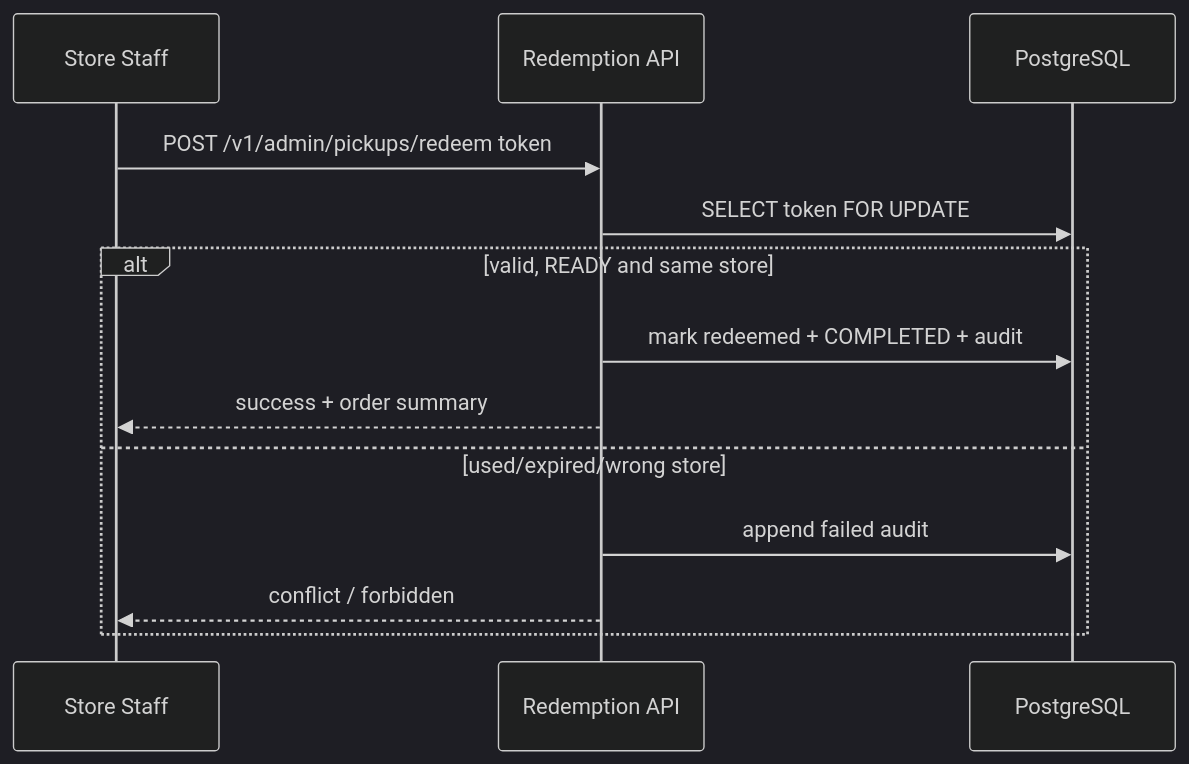
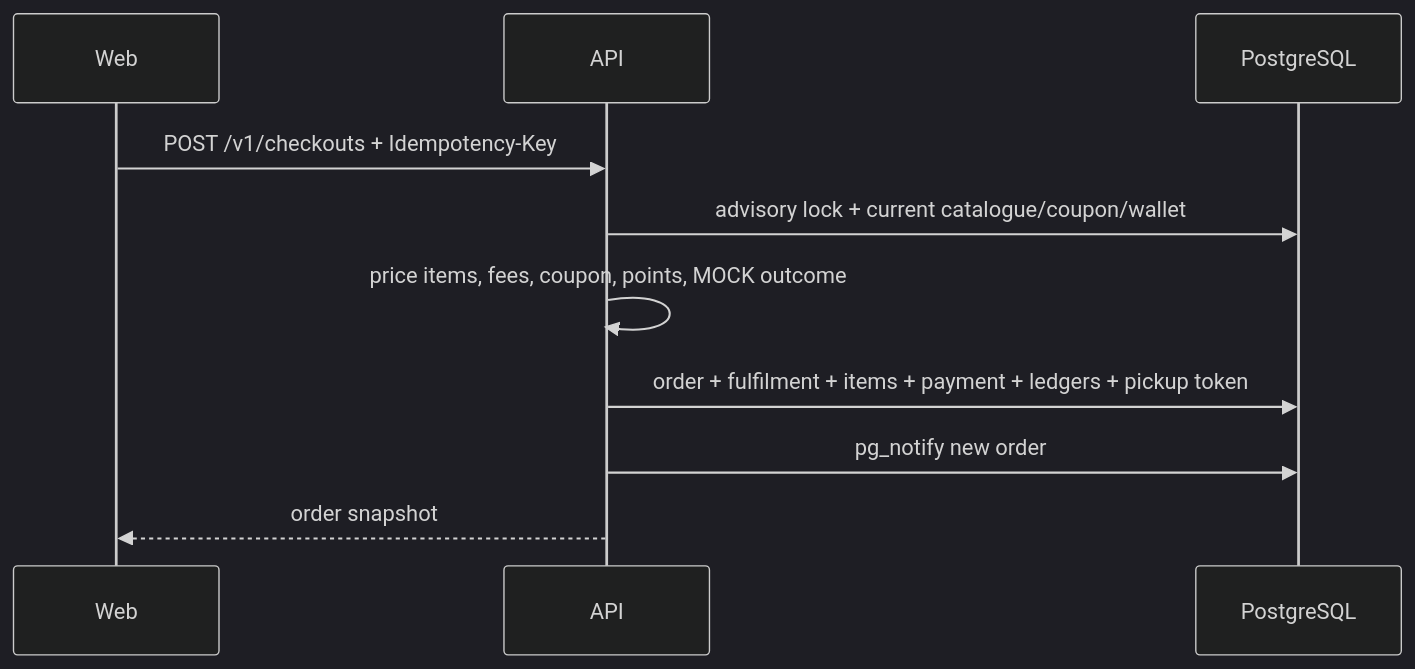
Before and after one commit to kechengyang/kiyoyo-web: the third of 3 diagrams in docs/02-system-architecture.md, drawn with Mermaid (dark theme). The commit also changed other lines of this file and 18 other files, not shown here.

Commit message:
docs: refresh bilingual architecture and workflows

````diff
--- a/docs/02-system-architecture.md
+++ b/docs/02-system-architecture.md
@@ -74,15 +63,12 @@
 ```mermaid
 sequenceDiagram
-  participant S as Store Staff
-  participant API as Redemption API
-  participant DB as PostgreSQL
-  S->>API: POST /v1/admin/pickups/redeem token
-  API->>DB: SELECT token FOR UPDATE
-  alt valid, READY and same store
-    API->>DB: mark redeemed + COMPLETED + audit
-    API-->>S: success + order summary
-  else used/expired/wrong store
-    API->>DB: append failed audit
-    API-->>S: conflict / forbidden
-  end
+  participant W as Web
+  participant A as API
+  participant D as PostgreSQL
+  W->>A: POST /v1/checkouts + Idempotency-Key
+  A->>D: advisory lock + current catalogue/coupon/wallet
+  A->>A: price items, fees, coupon, points, MOCK outcome
+  A->>D: order + fulfilment + items + payment + ledgers + pickup token
+  A->>D: pg_notify new order
+  A-->>W: order snapshot
 ```
````
